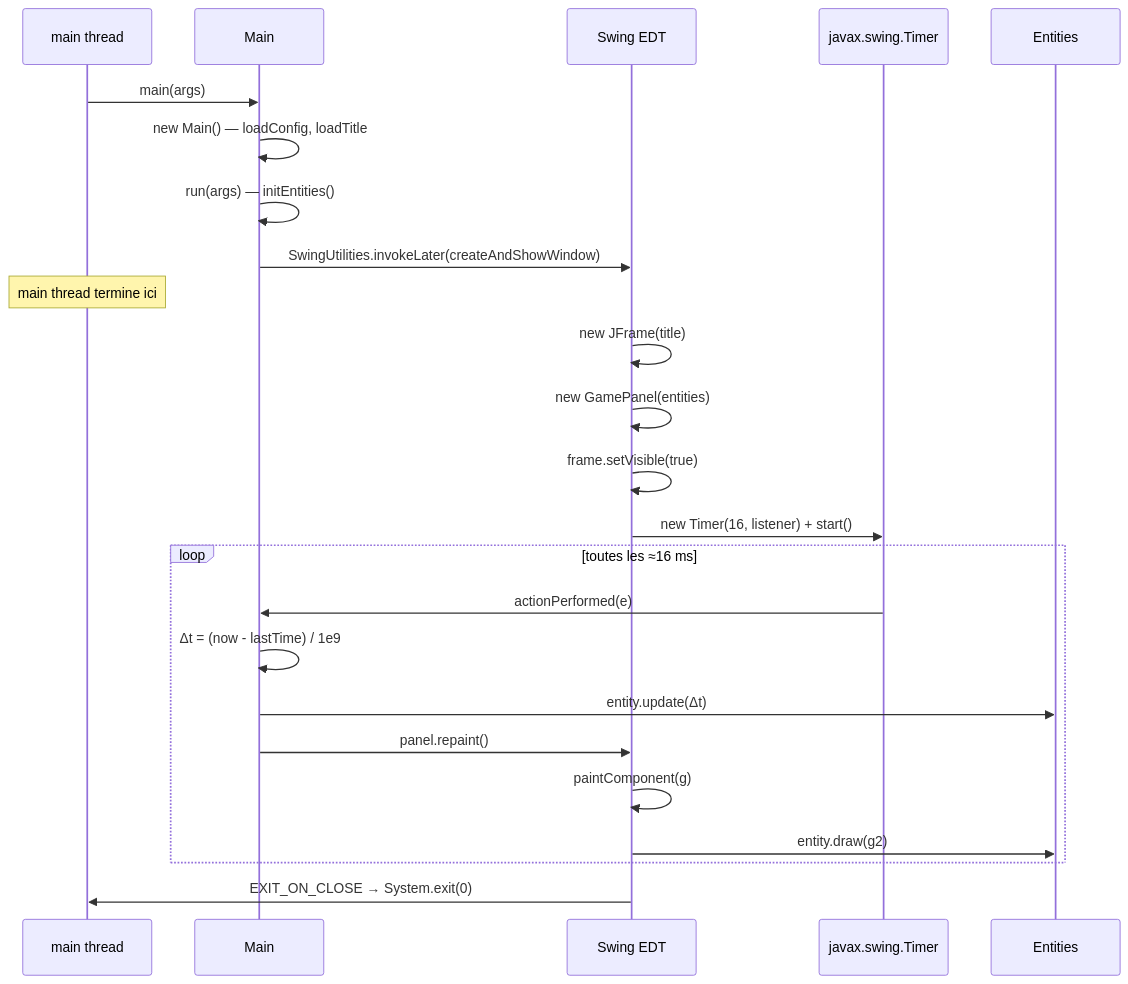
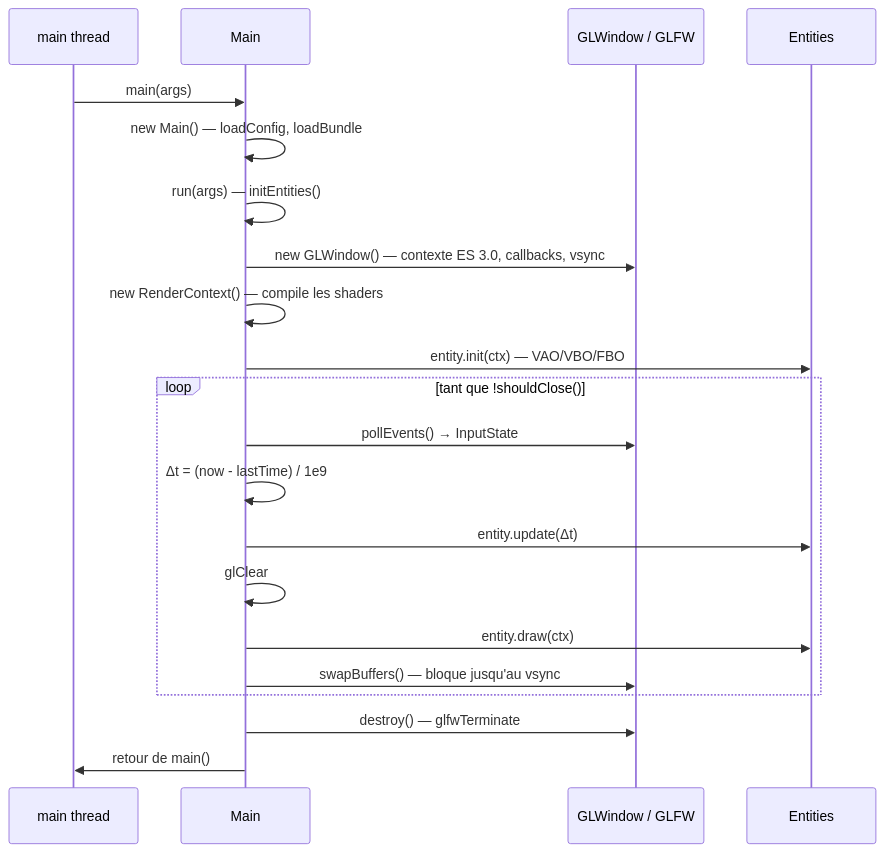
Before and after one commit to mcgivrer/demo001-arm64: the first of 2 diagrams in src/docs/07-game-loop.md, drawn with Mermaid. The commit also changed other lines of this file and 38 other files, not shown here.

````diff
--- a/src/docs/07-game-loop.md
+++ b/src/docs/07-game-loop.md
@@ -18,30 +23,26 @@
 ```mermaid
 sequenceDiagram
     participant JVM as main thread
     participant Main
-    participant EDT as Swing EDT
-    participant Timer as javax.swing.Timer
+    participant W as GLWindow / GLFW
     participant Entities
 
     JVM->>Main: main(args)
-    Main->>Main: new Main() — loadConfig, loadTitle
+    Main->>Main: new Main() — loadConfig, loadBundle
     Main->>Main: run(args) — initEntities()
-    Main->>EDT: SwingUtilities.invokeLater(createAndShowWindow)
-    Note over JVM: main thread termine ici
+    Main->>W: new GLWindow() — contexte ES 3.0, callbacks, vsync
+    Main->>Main: new RenderContext() — compile les shaders
+    Main->>Entities: entity.init(ctx) — VAO/VBO/FBO
 
-    EDT->>EDT: new JFrame(title)
-    EDT->>EDT: new GamePanel(entities)
-    EDT->>EDT: frame.setVisible(true)
-    EDT->>Timer: new Timer(16, listener) + start()
-
-    loop toutes les ≈16 ms
-        Timer->>Main: actionPerformed(e)
+    loop tant que !shouldClose()
+        Main->>W: pollEvents() → InputState
         Main->>Main: Δt = (now - lastTime) / 1e9
         Main->>Entities: entity.update(Δt)
-        Main->>EDT: panel.repaint()
-        EDT->>EDT: paintComponent(g)
-        EDT->>Entities: entity.draw(g2)
+        Main->>Main: glClear
+        Main->>Entities: entity.draw(ctx)
+        Main->>W: swapBuffers() — bloque jusqu'au vsync
     end
 
-    EDT->>JVM: EXIT_ON_CLOSE → System.exit(0)
+    Main->>W: destroy() — glfwTerminate
+    Main->>JVM: retour de main()
 ```
````
